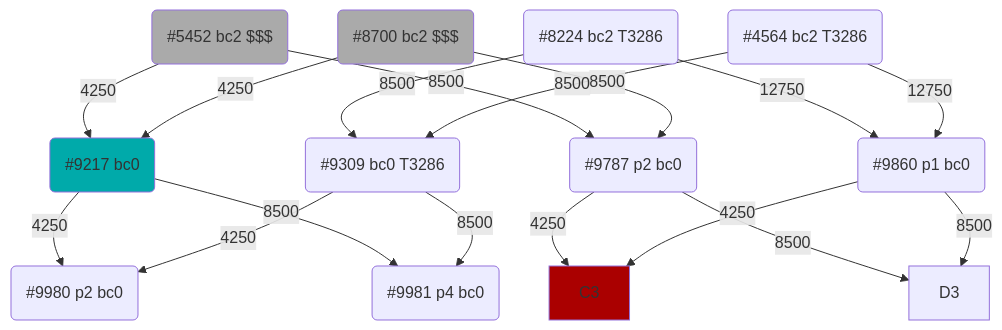
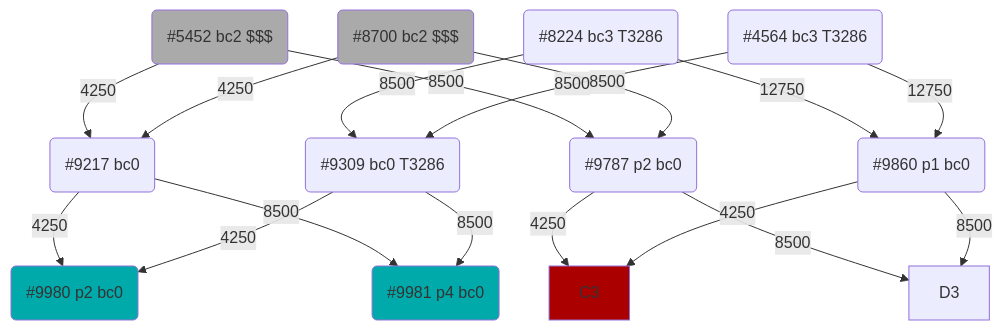
The diagram in doc/family-tree.md (sebasgoldberg/crabada), drawn with Mermaid before and after one commit. The commit also changed 9 other files, not shown here.

````diff
--- a/doc/family-tree.md
+++ b/doc/family-tree.md
@@ -11,46 +11,47 @@
 ```mermaid
 graph TB
 
 
 A1(#5452 bc2 $$$)
 B1(#8700 bc2 $$$)
 style A1 fill:#AAAAAA
 style B1 fill:#AAAAAA
 
-C1(#8224 bc2 T3286)
-D1(#4564 bc2 T3286)
+C1(#8224 bc3 T3286)
+D1(#4564 bc3 T3286)
 
 A1 -- 4250 --> A2
 B1 -- 4250 --> A2
 A1 -- 8500 --> B2
 B1 -- 8500 --> B2
 
 C1 -- 8500 --> C2
 D1 -- 8500 --> C2
 C1 -- 12750 --> D2
 D1 -- 12750 --> D2
 
 
 A2(#9217 bc0)
-style A2 fill:#00AAAA
 B2(#9787 p2 bc0)
 C2(#9309 bc0 T3286)
 D2(#9860 p1 bc0)
 
 
 A2 -- 4250 --> A3
 C2 -- 4250 --> A3
 A2 -- 8500 --> B3
 C2 -- 8500 --> B3
 
 B2 -- 4250 --> C3
 D2 -- 4250 --> C3
 B2 -- 8500 --> D3
 D2 -- 8500 --> D3
 
 A3(#9980 p2 bc0)
+style A3 fill:#00AAAA
 B3(#9981 p4 bc0)
+style B3 fill:#00AAAA
 
 style C3 fill:#AA0000
 
 ```
````
